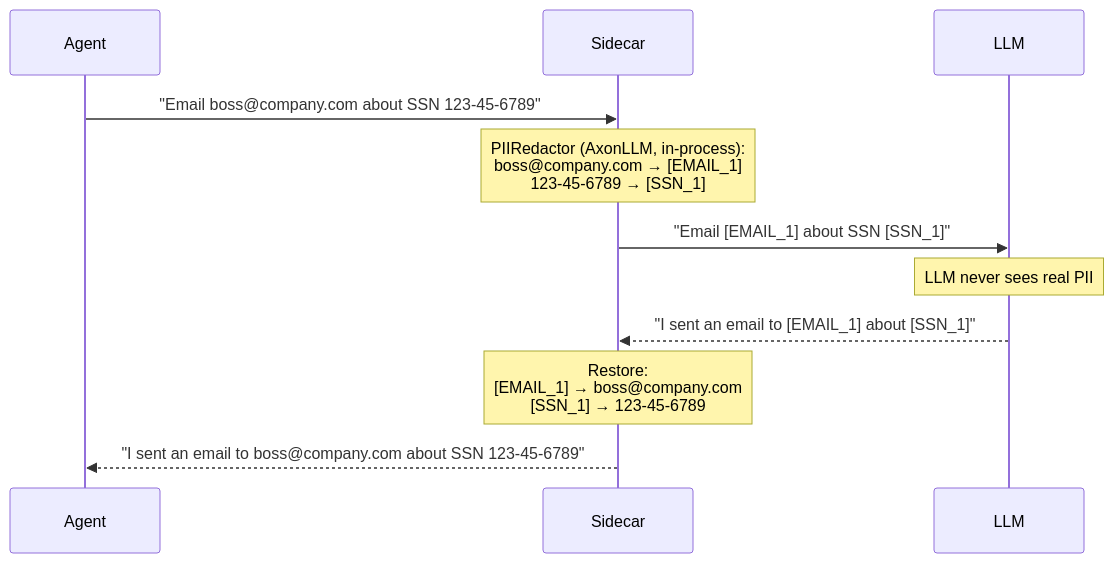
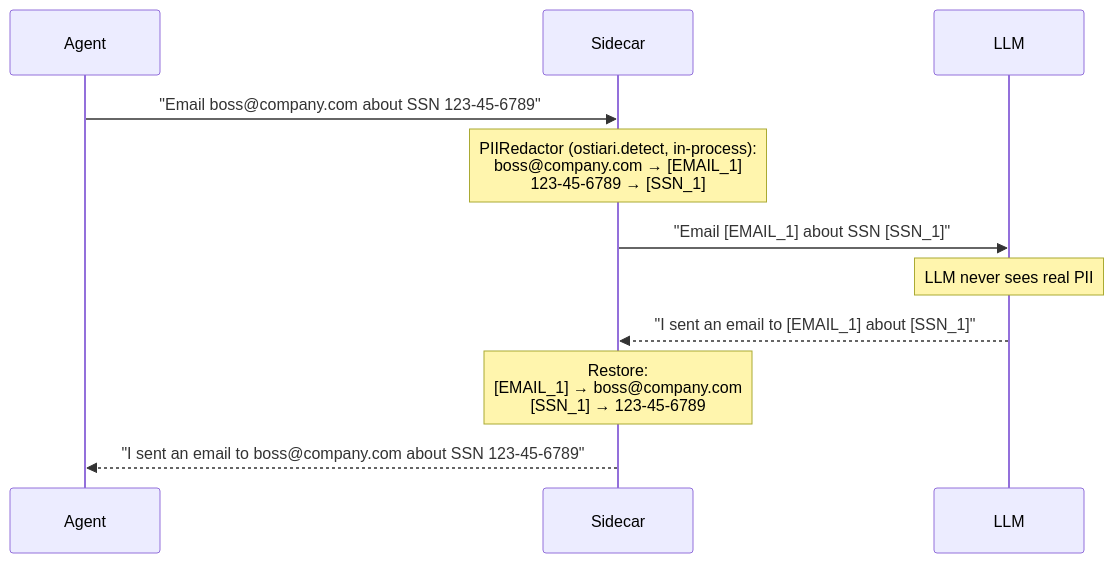
Before and after one commit to hk-775/ostiari: diagram 20 of 41 in docs/gateway-architecture.md, drawn with Mermaid. The commit also changed other lines of this file and 92 other files, not shown here.

First line of the commit message:
Keep the intervene tier alive under fail-closed enforcement (+ detection engine, AxonLLM warn-not-require, docs) (#73)

````diff
--- a/docs/gateway-architecture.md
+++ b/docs/gateway-architecture.md
@@ -1432,20 +1445,20 @@
 ```mermaid
 sequenceDiagram
     participant Agent
     participant Sidecar
     participant LLM
 
     Agent->>Sidecar: "Email boss@company.com about SSN 123-45-6789"
 
-    Note over Sidecar: PIIRedactor (AxonLLM, in-process):<br/>boss@company.com → [EMAIL_1]<br/>123-45-6789 → [SSN_1]
+    Note over Sidecar: PIIRedactor (ostiari.detect, in-process):<br/>boss@company.com → [EMAIL_1]<br/>123-45-6789 → [SSN_1]
 
     Sidecar->>LLM: "Email [EMAIL_1] about SSN [SSN_1]"
 
     Note over LLM: LLM never sees real PII
 
     LLM-->>Sidecar: "I sent an email to [EMAIL_1] about [SSN_1]"
 
     Note over Sidecar: Restore:<br/>[EMAIL_1] → boss@company.com<br/>[SSN_1] → 123-45-6789
 
     Sidecar-->>Agent: "I sent an email to boss@company.com about SSN 123-45-6789"
 ```
````
